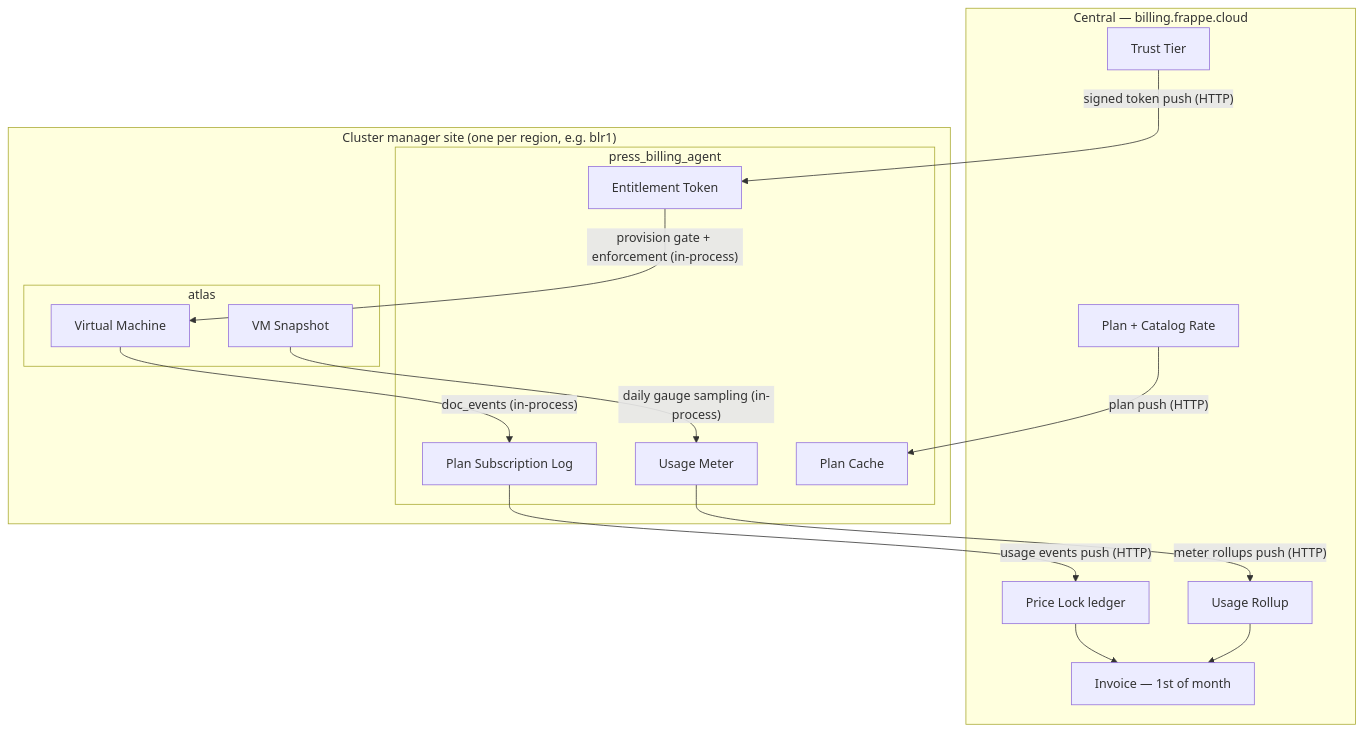
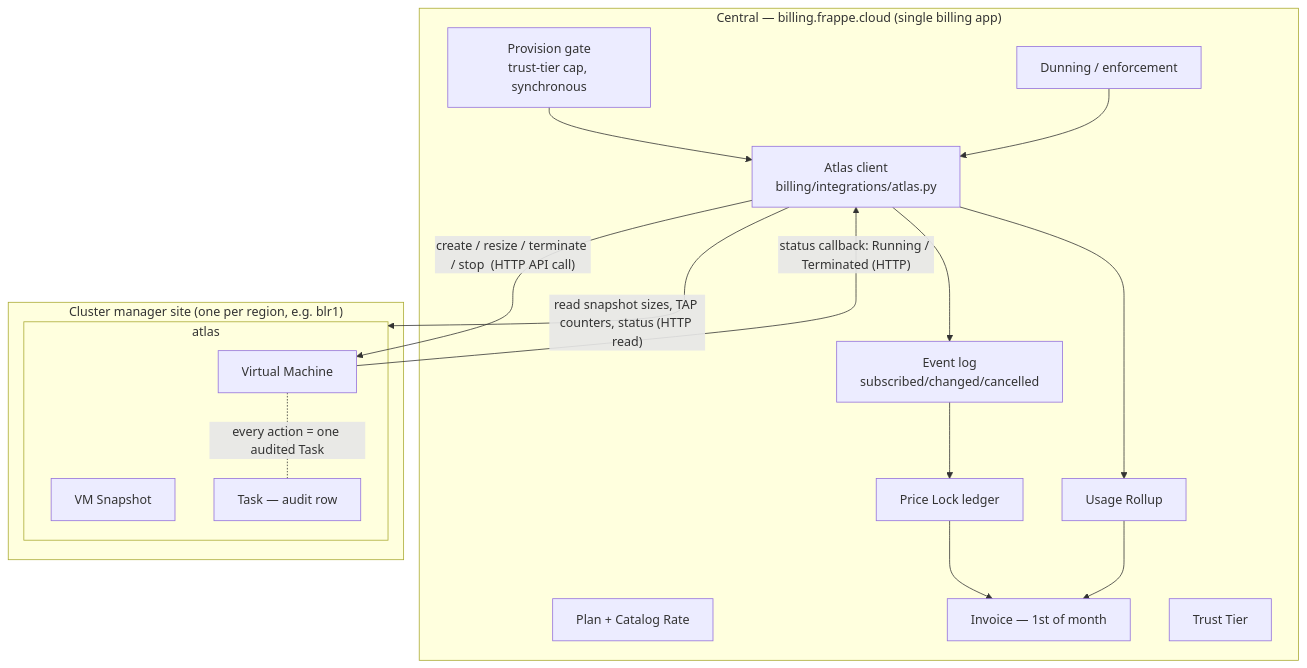
Before and after one commit to saurabh6790/v2-billing-specs: the diagram in atlas-integration/README.md, drawn with Mermaid. The commit also changed other lines of this file and 19 other files, not shown here.

````diff
--- a/atlas-integration/README.md
+++ b/atlas-integration/README.md
@@ -26,34 +33,34 @@
 ```mermaid
 flowchart TB
-    subgraph Central["Central — billing.frappe.cloud"]
+    subgraph Central["Central — billing.frappe.cloud (single billing app)"]
         PL[Plan + Catalog Rate]
+        GATE[Provision gate<br/>trust-tier cap, synchronous]
         LOCK[Price Lock ledger]
+        EVT[Event log<br/>subscribed/changed/cancelled]
         ROLL[Usage Rollup]
         INV[Invoice — 1st of month]
         TT[Trust Tier]
+        DUN[Dunning / enforcement]
+        ATL[Atlas client<br/>billing/integrations/atlas.py]
     end
 
     subgraph Cluster["Cluster manager site (one per region, e.g. blr1)"]
-        subgraph Agent["press_billing_agent"]
-            PC[Plan Cache]
-            PSL[Plan Subscription Log]
-            UM[Usage Meter]
-            ET[Entitlement Token]
-        end
         subgraph Atlas["atlas"]
             VM[Virtual Machine]
             SNAP[VM Snapshot]
+            TASK[Task — audit row]
         end
     end
 
-    PL -- "plan push (HTTP)" --> PC
-    TT -- "signed token push (HTTP)" --> ET
-    PSL -- "usage events push (HTTP)" --> LOCK
-    UM -- "meter rollups push (HTTP)" --> ROLL
+    GATE --> ATL
+    DUN --> ATL
+    ATL -- "create / resize / terminate / stop  (HTTP API call)" --> VM
+    ATL -- "read snapshot sizes, TAP counters, status (HTTP read)" --> Atlas
+    VM -- "status callback: Running / Terminated (HTTP)" --> ATL
+    ATL --> EVT
+    ATL --> ROLL
+    EVT --> LOCK
     LOCK --> INV
     ROLL --> INV
-
-    VM -- "doc_events (in-process)" --> PSL
-    SNAP -- "daily gauge sampling (in-process)" --> UM
-    ET -- "provision gate + enforcement (in-process)" --> VM
+    VM -. "every action = one audited Task" .- TASK
 ```
````
